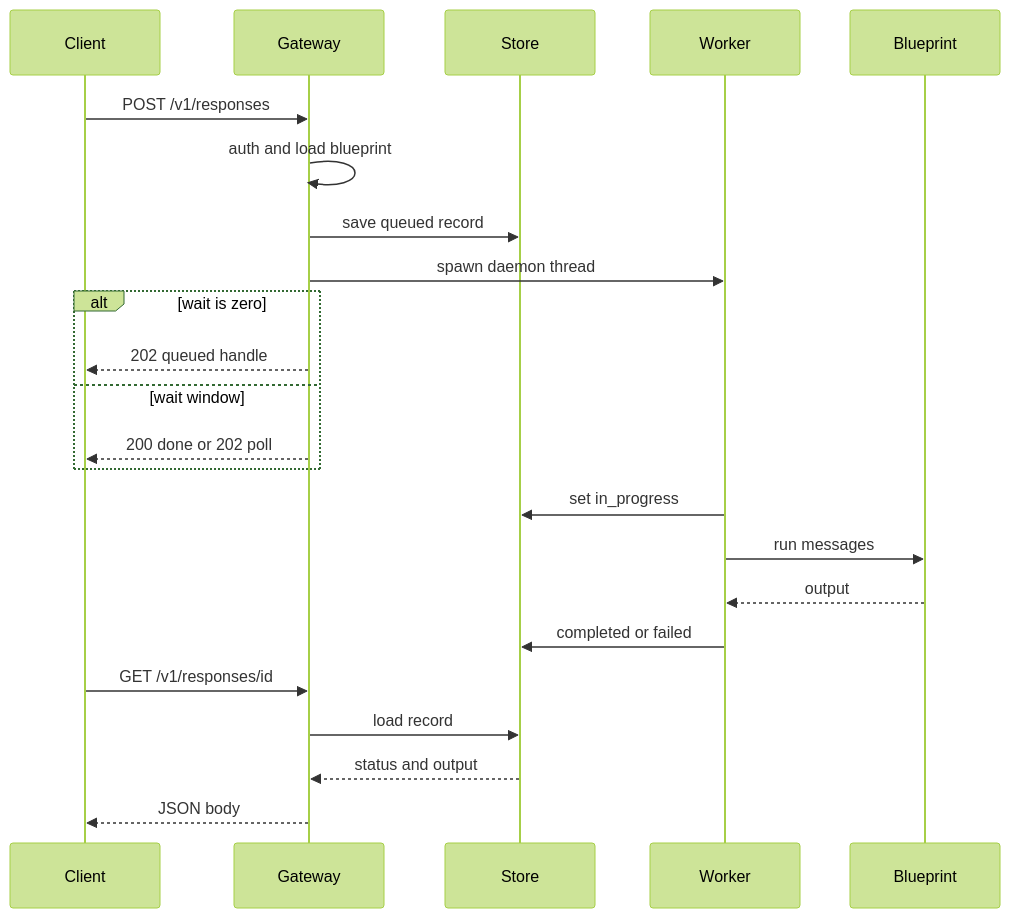
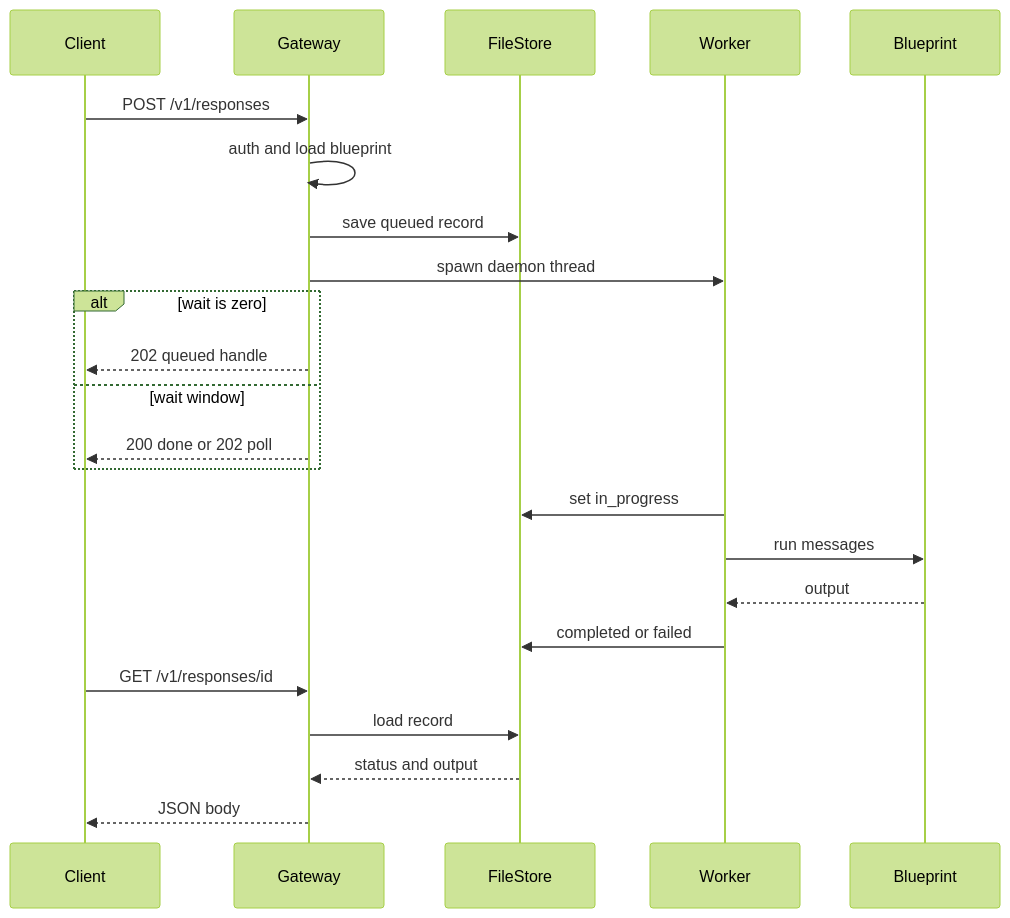
Before and after one commit to matthewhand/open-swarm: the fourth of 5 diagrams in README.md, drawn with Mermaid (forest theme). The commit also changed other lines of this file, not shown here.

First line of the commit message:
docs(readme): use GitHub-safe flowchart for gateway blocks

````diff
--- a/README.md
+++ b/README.md
@@ -259,26 +275,26 @@
 ```mermaid
 sequenceDiagram
     participant Client
     participant Gateway
-    participant Store
+    participant FileStore
     participant Worker
     participant Blueprint
 
     Client->>Gateway: POST /v1/responses
     Gateway->>Gateway: auth and load blueprint
-    Gateway->>Store: save queued record
+    Gateway->>FileStore: save queued record
     Gateway->>Worker: spawn daemon thread
     alt wait is zero
         Gateway-->>Client: 202 queued handle
     else wait window
         Gateway-->>Client: 200 done or 202 poll
     end
-    Worker->>Store: set in_progress
+    Worker->>FileStore: set in_progress
     Worker->>Blueprint: run messages
     Blueprint-->>Worker: output
-    Worker->>Store: completed or failed
+    Worker->>FileStore: completed or failed
     Client->>Gateway: GET /v1/responses/id
-    Gateway->>Store: load record
-    Store-->>Gateway: status and output
+    Gateway->>FileStore: load record
+    FileStore-->>Gateway: status and output
     Gateway-->>Client: JSON body
 ```
````
